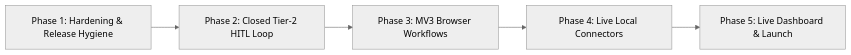
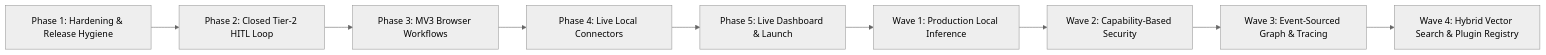
Before and after one commit to Sandeep-Hipparagi/Context-Intuition: the diagram in ROADMAP.md, drawn with Mermaid (neutral theme). The commit also changed other lines of this file and 40 other files, not shown here.

Commit message:
feat(v0.3.0): production hybrid router, YAML policy DSL, HMAC capabilities, event-sourced graph, W3C tracing & hybrid vector search

````diff
--- a/ROADMAP.md
+++ b/ROADMAP.md
@@ -11,7 +11,11 @@
 ```mermaid
 flowchart LR
     M1["Phase 1: Hardening & Release Hygiene"] --> M2["Phase 2: Closed Tier-2 HITL Loop"]
     M2 --> M3["Phase 3: MV3 Browser Workflows"]
     M3 --> M4["Phase 4: Live Local Connectors"]
     M4 --> M5["Phase 5: Live Dashboard & Launch"]
+    M5 --> M6["Wave 1: Production Local Inference"]
+    M6 --> M7["Wave 2: Capability-Based Security"]
+    M7 --> M8["Wave 3: Event-Sourced Graph & Tracing"]
+    M8 --> M9["Wave 4: Hybrid Vector Search & Plugin Registry"]
 ```
````
